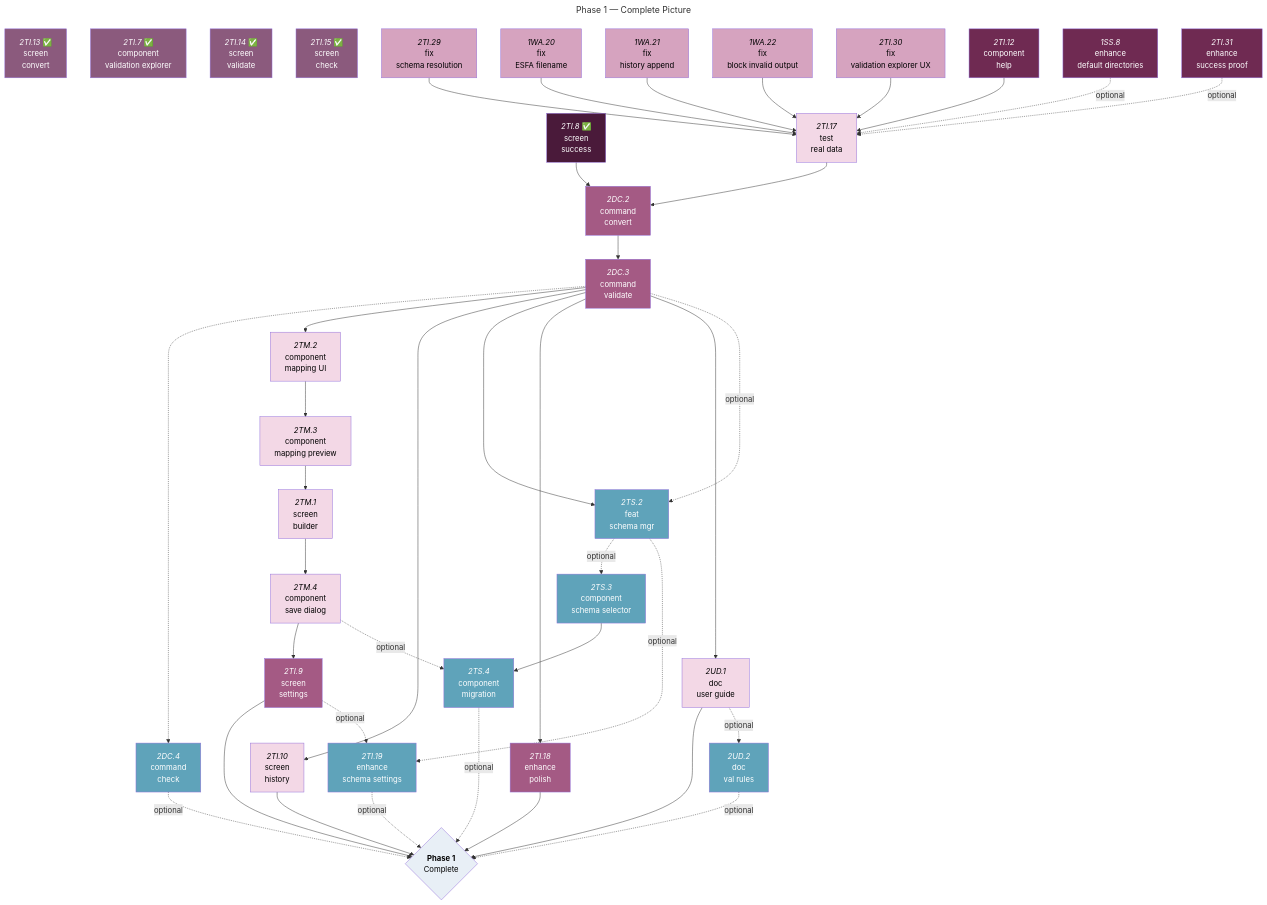
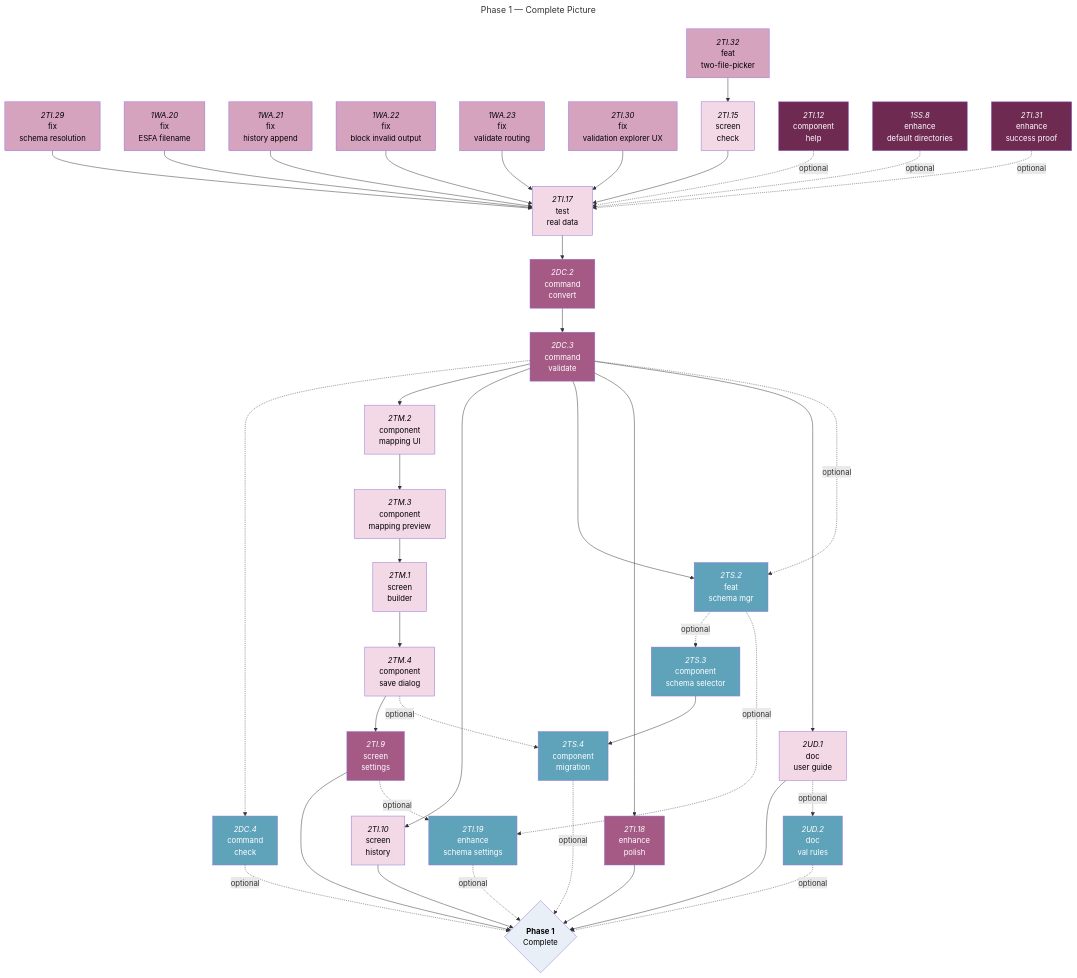
The fifth of 5 diagrams in docs/roadmaps/phase-1-mvp-features.md (foundersandcoders/iris), drawn with Mermaid before and after one commit. The commit also changed other lines of this file, not shown here.

```diff
--- a/docs/roadmaps/phase-1-mvp-features.md
+++ b/docs/roadmaps/phase-1-mvp-features.md
@@ -334,22 +331,18 @@
 ---
 graph TD
 
-%% M2A Completed %%
-2TI.13["`*2TI.13* ✅<br/>screen<br/>convert`"]:::must-done
-2TI.7["`*2TI.7* ✅<br/>component<br/>validation explorer`"]:::must-done
-2TI.14["`*2TI.14* ✅<br/>screen<br/>validate`"]:::must-done
-2TI.15["`*2TI.15* ✅<br/>screen<br/>check`"]:::must-done
-2TI.8["`*2TI.8* ✅<br/>screen<br/>success`"]:::should-done
-
 %% M2A Open — bugs/fixes before real-data testing %%
 2TI.29["`*2TI.29*<br/>fix<br/>schema resolution`"]:::must-open
 1WA.20["`*1WA.20*<br/>fix<br/>ESFA filename`"]:::must-open
 1WA.21["`*1WA.21*<br/>fix<br/>history append`"]:::must-open
 1WA.22["`*1WA.22*<br/>fix<br/>block invalid output`"]:::must-open
+1WA.23["`*1WA.23*<br/>fix<br/>validate routing`"]:::must-open
 2TI.30["`*2TI.30*<br/>fix<br/>validation explorer UX`"]:::must-open
+2TI.32["`*2TI.32*<br/>feat<br/>two-file-picker`"]:::must-open
+2TI.15["`*2TI.15*<br/>screen<br/>check`"]:::must-blocked
+2TI.12["`*2TI.12*<br/>component<br/>help`"]:::should-open
 1SS.8["`*1SS.8*<br/>enhance<br/>default directories`"]:::should-open
 2TI.31["`*2TI.31*<br/>enhance<br/>success proof`"]:::should-open
-2TI.12["`*2TI.12*<br/>component<br/>help`"]:::should-open
 2TI.17["`*2TI.17*<br/>test<br/>real data`"]:::must-blocked
 
 %% M2B Tasks %%
@@ -376,10 +369,11 @@
 phase1{"`**Phase 1**<br/>Complete`"}:::mile
 
 %% M2A Dependencies %%
-2TI.29 & 1WA.20 & 1WA.21 & 1WA.22 & 2TI.30 & 2TI.12 --> 2TI.17
+2TI.32 --> 2TI.15
+2TI.29 & 1WA.20 & 1WA.21 & 1WA.22 & 1WA.23 & 2TI.30 & 2TI.15 --> 2TI.17
 
 %% M2B Dependencies %%
-2TI.8 & 2TI.17 --> 2DC.2
+2TI.17 --> 2DC.2
 2DC.2 --> 2DC.3
 2DC.3 -.-> 2DC.4
 2DC.3 --> 2TM.2 & 2TI.10 & 2TS.2 & 2TI.18 & 2UD.1
@@ -393,18 +387,16 @@
 2TI.9 & 2TI.10 & 2TI.18 & 2UD.1 --> phase1
 
 %% OPTIONAL %%
-2UD.1 -.->| optional | 2UD.2
-2TI.9 -.->| optional | 2TI.19
-2TM.4 -.->| optional | 2TS.4
-2DC.3 -.->| optional | 2TS.2
-2TS.2 -.->| optional | 2TS.3 & 2TI.19
-2DC.4 & 2TI.19 & 2TS.4 & 2UD.2 -.->| optional | phase1
-1SS.8 & 2TI.31 -.->| optional | 2TI.17
+2TI.12 & 1SS.8 & 2TI.31 -.->|optional| 2TI.17
+2UD.1 -.->|optional| 2UD.2
+2TI.9 -.->|optional| 2TI.19
+2TM.4 -.->|optional| 2TS.4
+2DC.3 -.->|optional| 2TS.2
+2TS.2 -.->|optional| 2TS.3 & 2TI.19
+2DC.4 & 2TI.19 & 2TS.4 & 2UD.2 -.->|optional| phase1
 
-classDef must-done fill:#8B5A7D,color:#fff;
 classDef must-open fill:#D6A3BF,color:#000;
 classDef must-blocked fill:#F3D8E6,color:#000;
-classDef should-done fill:#4A1A3A,color:#fff;
 classDef should-open fill:#6F2A52,color:#fff;
 classDef should-blocked fill:#A45A84,color:#fff;
 classDef could-open fill:#3E7F96,color:#fff;
```
